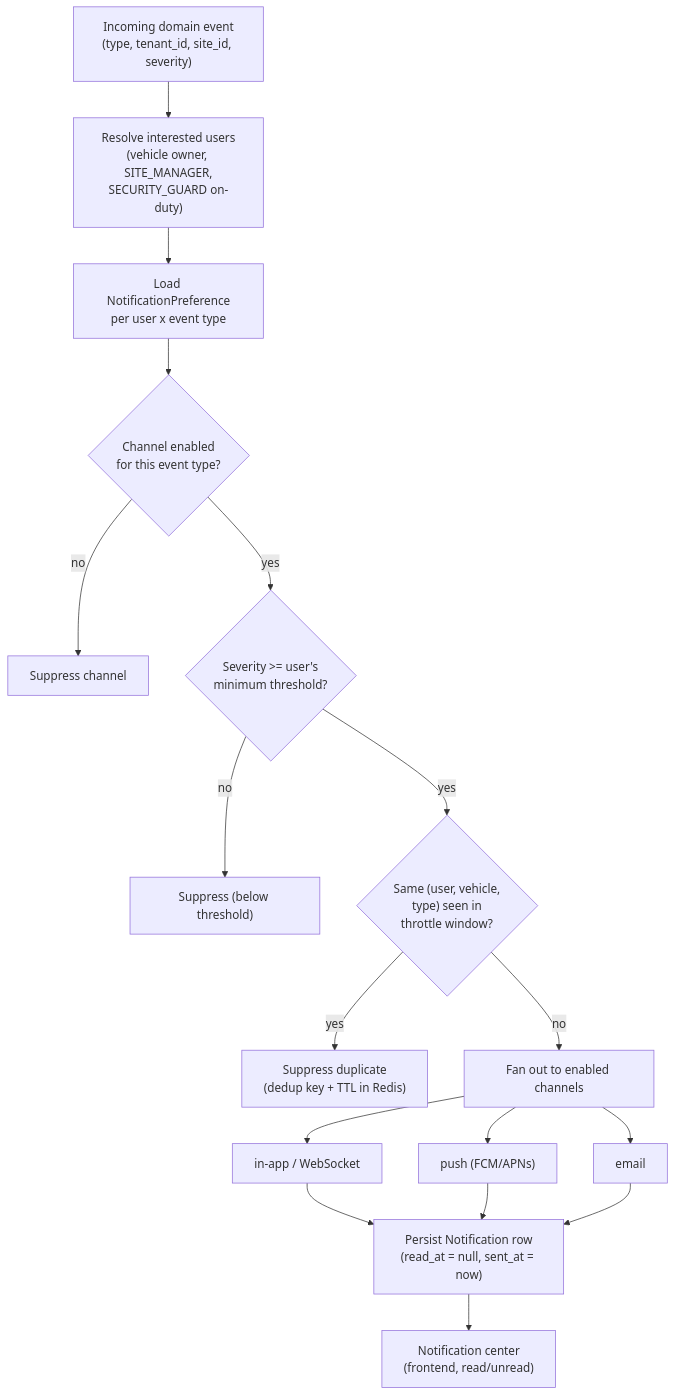
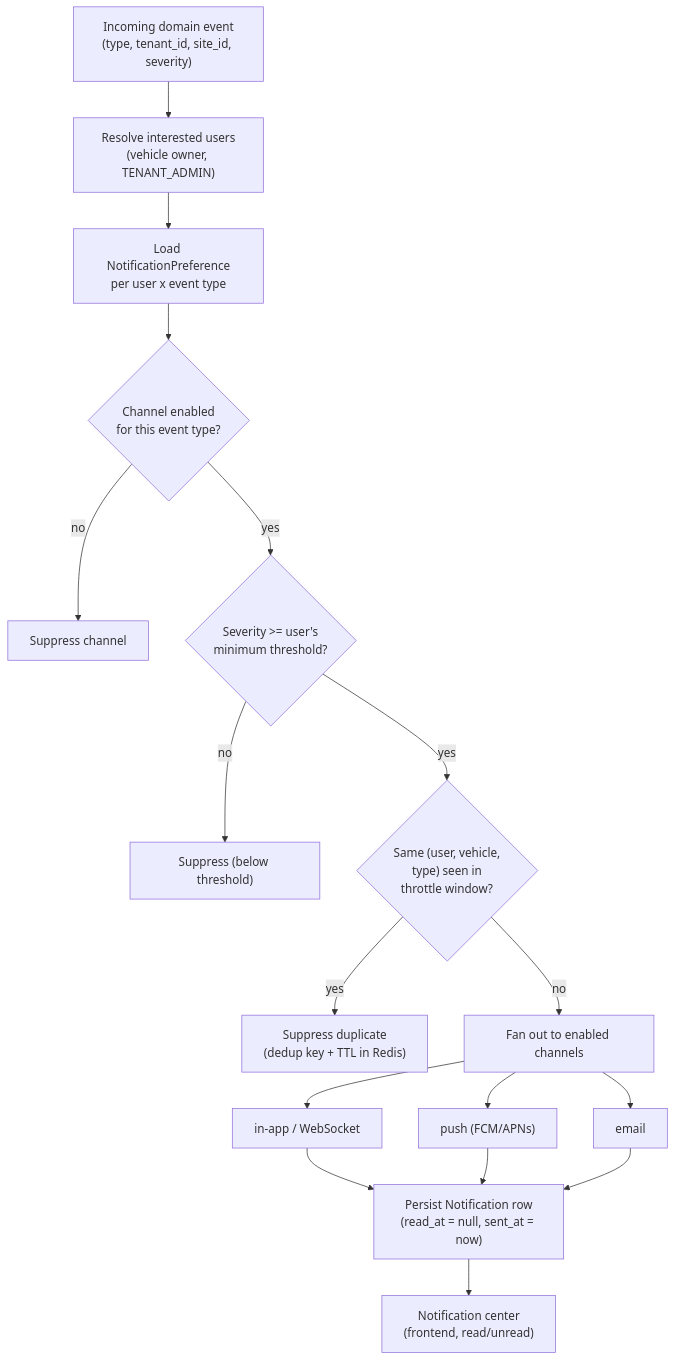
Before and after one commit to dainn-dev/next-manage-user: the diagram in docs/19_Notification/diagrams/preferences-routing.mmd, drawn with Mermaid. The commit also changed 151 other files, not shown here.

```diff
--- a/docs/19_Notification/diagrams/preferences-routing.mmd
+++ b/docs/19_Notification/diagrams/preferences-routing.mmd
@@ -1,17 +1,17 @@
 flowchart TD
-    EVT["Incoming domain event\n(type, tenant_id, site_id, severity)"] --> LOOKUP["Resolve interested users\n(vehicle owner, SITE_MANAGER,\nSECURITY_GUARD on-duty)"]
+    EVT["Incoming domain event\n(type, tenant_id, site_id, severity)"] --> LOOKUP["Resolve interested users\n(vehicle owner, TENANT_ADMIN)"]
     LOOKUP --> PREF["Load NotificationPreference\nper user x event type"]
     PREF --> ENABLED{"Channel enabled\nfor this event type?"}
     ENABLED -->|"no"| DROP1["Suppress channel"]
     ENABLED -->|"yes"| SEV{"Severity >= user's\nminimum threshold?"}
     SEV -->|"no"| DROP2["Suppress (below threshold)"]
     SEV -->|"yes"| DEDUP{"Same (user, vehicle,\ntype) seen in\nthrottle window?"}
     DEDUP -->|"yes"| DROP3["Suppress duplicate\n(dedup key + TTL in Redis)"]
     DEDUP -->|"no"| ROUTE["Fan out to enabled channels"]
     ROUTE --> WSCH["in-app / WebSocket"]
     ROUTE --> PUSHCH["push (FCM/APNs)"]
     ROUTE --> EMAILCH["email"]
     WSCH --> PERSIST["Persist Notification row\n(read_at = null, sent_at = now)"]
     PUSHCH --> PERSIST
     EMAILCH --> PERSIST
     PERSIST --> INBOX["Notification center\n(frontend, read/unread)"]
```
